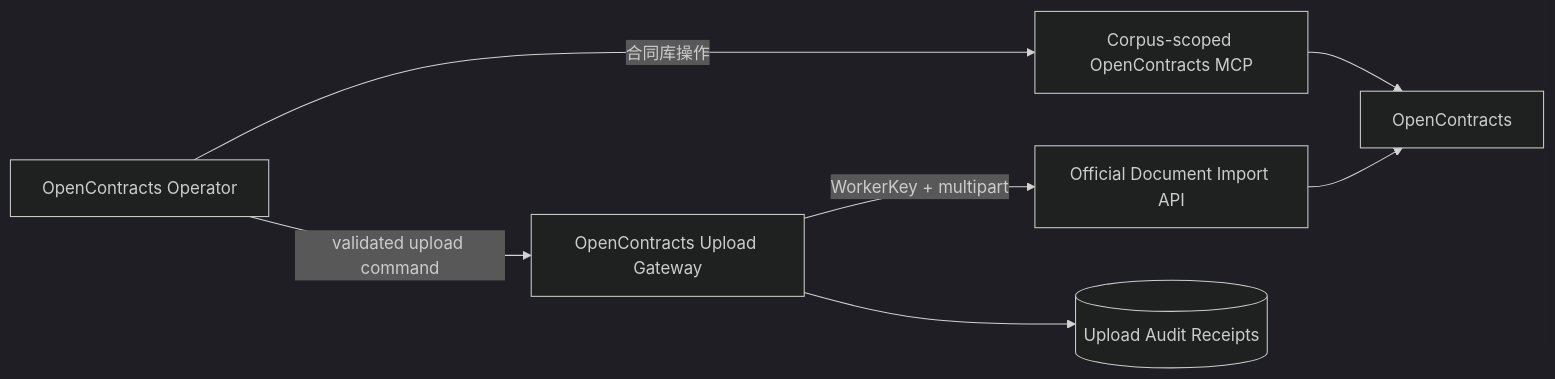
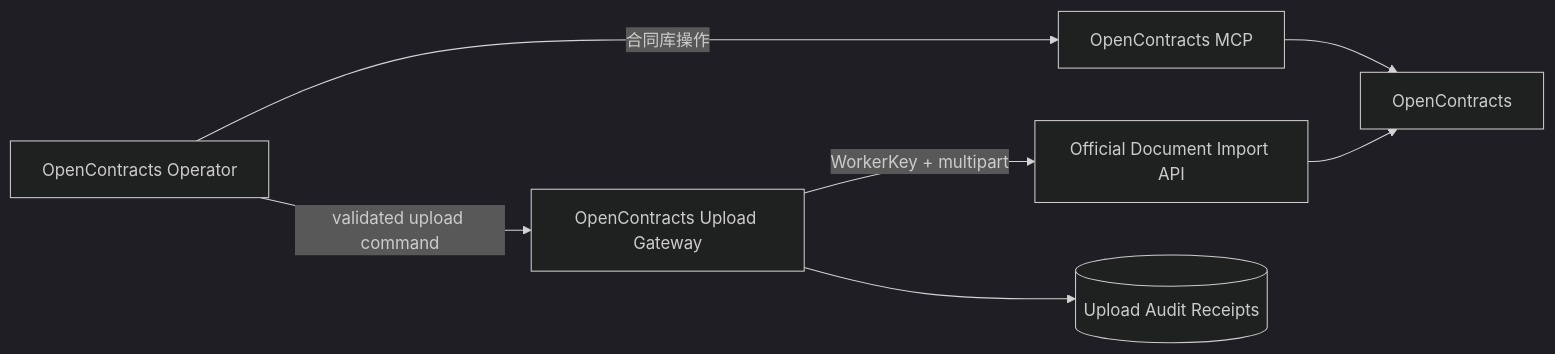
One commit to Ri0n72Y/ContractBotConfig changed the first of 3 diagrams in docs/architecture/opencontracts-integration.md. Above: the diagram before and after it, drawn with Mermaid (dark theme). The commit also changed other lines of this file, not shown here.

Commit message:
docs: include full scoped MCP tool surface

````diff
--- a/docs/architecture/opencontracts-integration.md
+++ b/docs/architecture/opencontracts-integration.md
@@ -7,16 +7,16 @@
 ```mermaid
 flowchart LR
     Operator[OpenContracts Operator]
-    MCP[Corpus-scoped OpenContracts MCP]
+    MCP[OpenContracts MCP]
     Gateway[OpenContracts Upload Gateway]
     ImportAPI[Official Document Import API]
     OC[OpenContracts]
     Receipt[(Upload Audit Receipts)]
 
     Operator -->|合同库操作| MCP
     MCP --> OC
     Operator -->|validated upload command| Gateway
     Gateway -->|WorkerKey + multipart| ImportAPI
     ImportAPI --> OC
     Gateway --> Receipt
 ```
````
